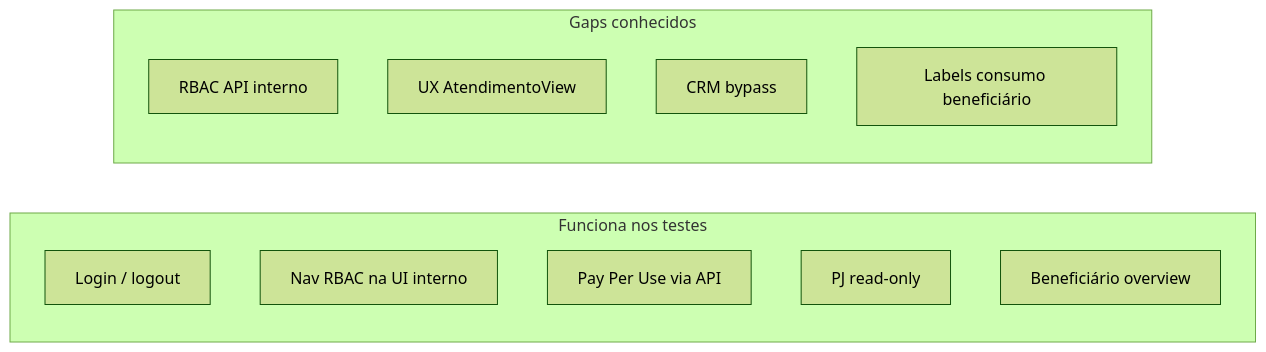
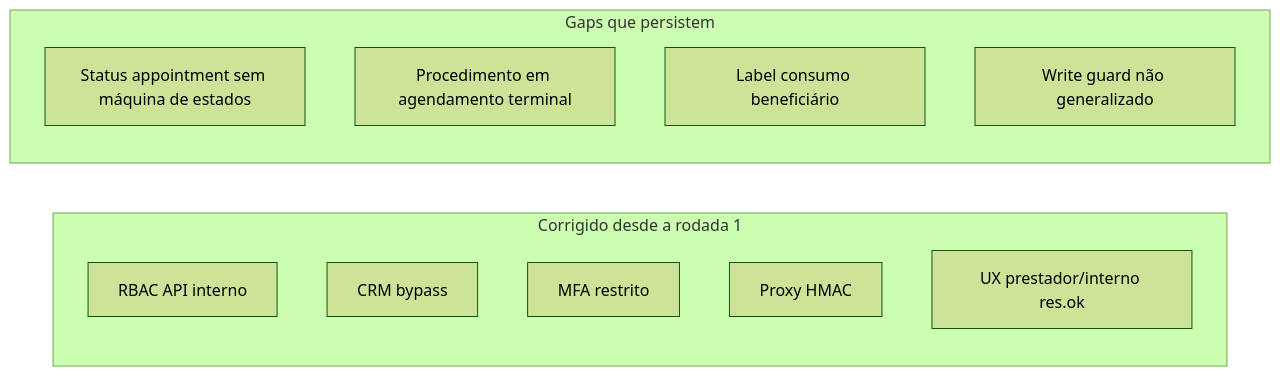
One commit to Piulres/sistema-bibi changed the diagram in docs/produto/AUDITORIA_FLUXOS.md. Above: the diagram before and after it, drawn with Mermaid (forest theme). The commit also changed other lines of this file, not shown here.

First line of the commit message:
docs(auditoria): rodada 3 do mapa de falhas (v3.0.0)

````diff
--- a/docs/produto/AUDITORIA_FLUXOS.md
+++ b/docs/produto/AUDITORIA_FLUXOS.md
@@ -42,16 +51,16 @@
 ```mermaid
 flowchart LR
-  subgraph OK["Funciona nos testes"]
-    L[Login / logout]
-    N[Nav RBAC na UI interno]
-    P[Pay Per Use via API]
-    J[PJ read-only]
-    B[Beneficiário overview]
+  subgraph OK["Corrigido desde a rodada 1"]
+    R[RBAC API interno]
+    C[CRM bypass]
+    M[MFA restrito]
+    X[Proxy HMAC]
+    U[UX prestador/interno res.ok]
   end
-  subgraph GAP["Gaps conhecidos"]
-    R[RBAC API interno]
-    U[UX AtendimentoView]
-    C[CRM bypass]
-    X[Labels consumo beneficiário]
+  subgraph GAP["Gaps que persistem"]
+    S[Status appointment sem máquina de estados]
+    P[Procedimento em agendamento terminal]
+    B[Label consumo beneficiário]
+    W[Write guard não generalizado]
   end
 ```
````
